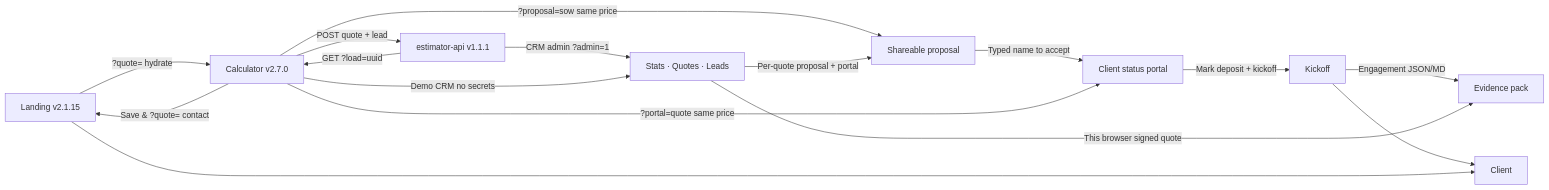
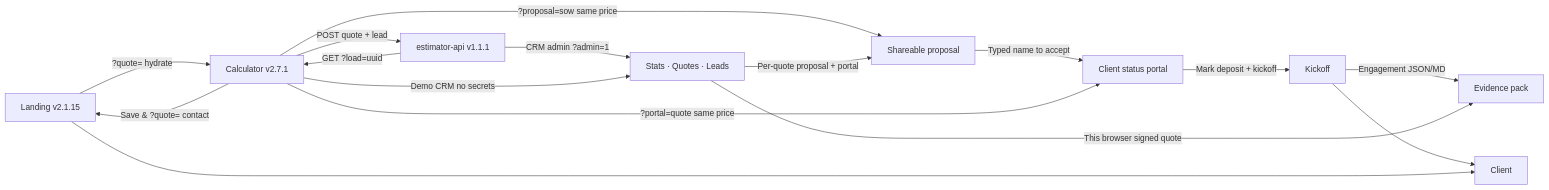
One commit to pixellayer7-jpg/pixellayer7-jpg changed the diagram in README.md. Above: the diagram before and after it, drawn with Mermaid. The commit also changed other lines of this file and 2 other files, not shown here.

Commit message:
Sync profile docs to calculator v2.7.1 and Rongen v1.2.3.

````diff
--- a/README.md
+++ b/README.md
@@ -19,18 +19,18 @@
 ```mermaid
 flowchart LR
-  A[Landing v2.1.15] -->|?quote= hydrate| B[Calculator v2.7.0]
+  A[Landing v2.1.15] -->|?quote= hydrate| B[Calculator v2.7.1]
   B -->|Save & ?quote= contact| A
   B -->|?proposal=sow same price| R[Shareable proposal]
   R -->|Typed name to accept| P[Client status portal]
   P -->|Mark deposit + kickoff| K[Kickoff]
   K -->|Engagement JSON/MD| X[Evidence pack]
   B -->|?portal=quote same price| P
   B -->|POST quote + lead| D[estimator-api v1.1.1]
   D -->|CRM admin ?admin=1| E[Stats · Quotes · Leads]
   B -->|Demo CRM no secrets| E
   E -->|This browser signed quote| X
   E -->|Per-quote proposal + portal| R
   K --> F[Client]
   D -->|GET ?load=uuid| B
   A --> F[Client]
 ```
````
